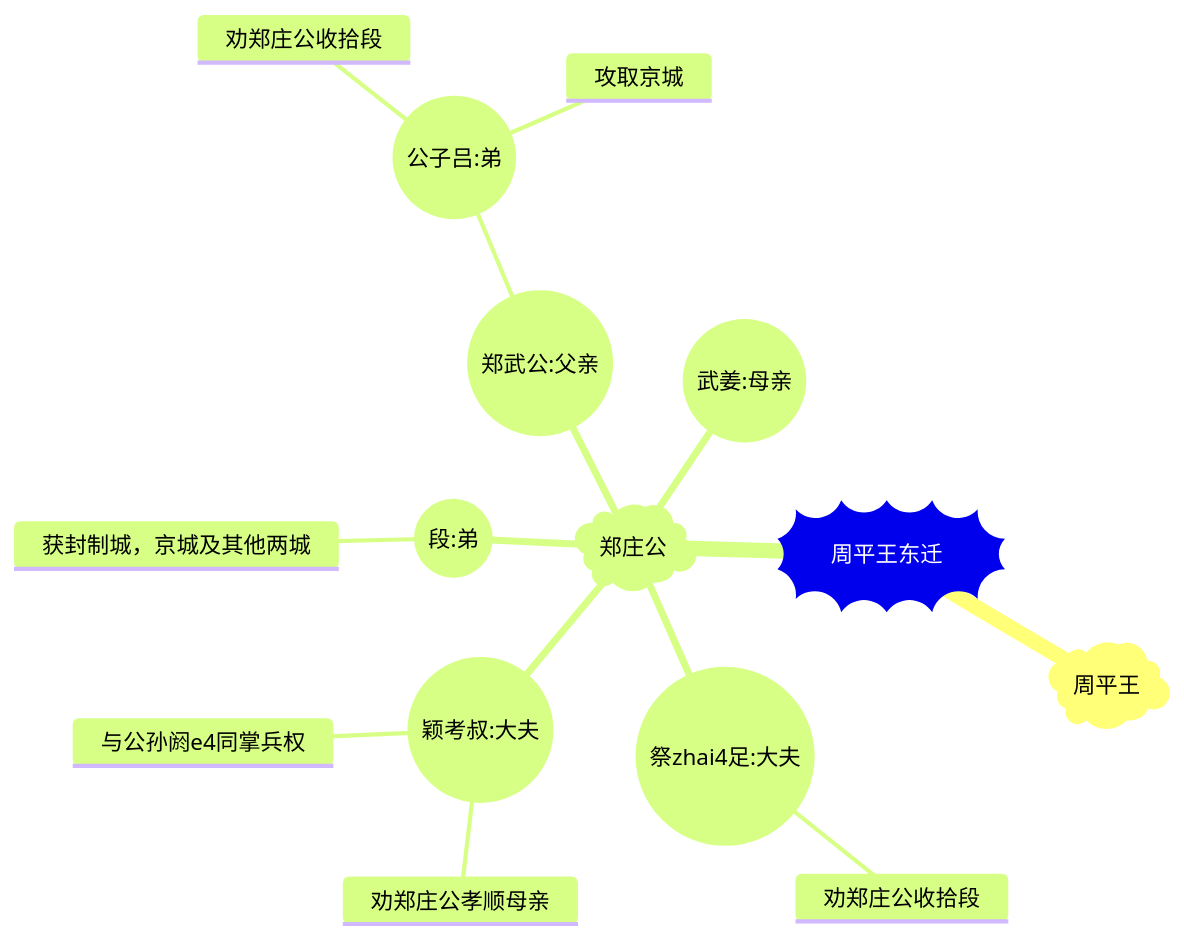
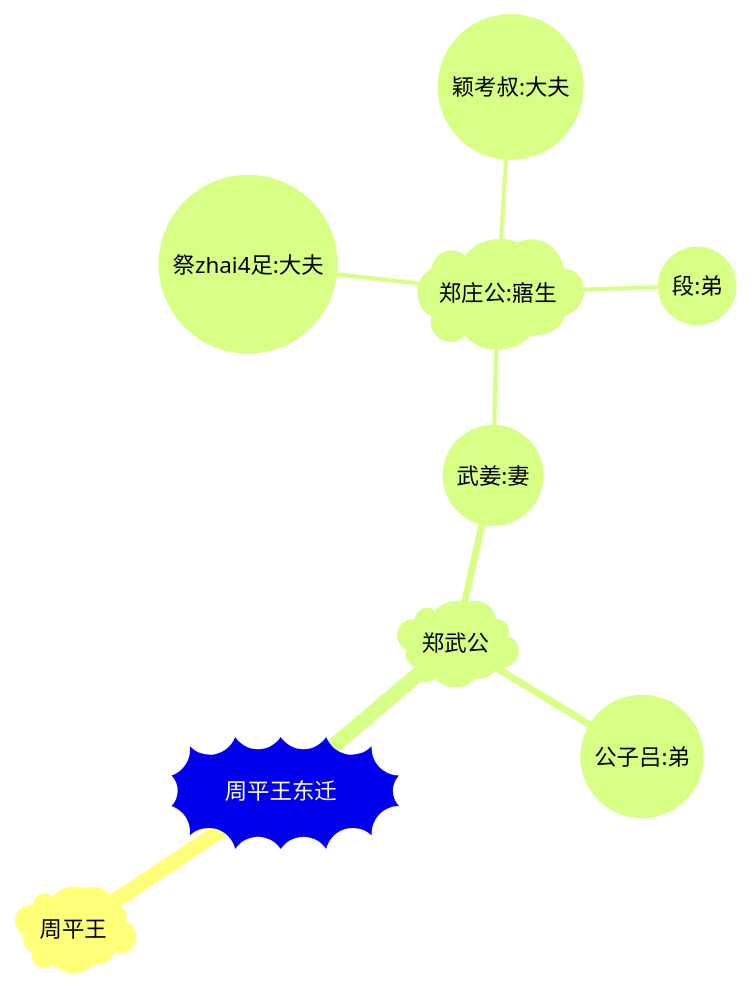
One commit to tsuyu2016/read changed the second of 3 diagrams in 透过地理看历史（春秋篇）02.md. Above: the diagram before and after it, drawn with Mermaid. The commit also changed other lines of this file and 1 other file, not shown here.

````diff
--- a/透过地理看历史（春秋篇）02.md
+++ b/透过地理看历史（春秋篇）02.md
@@ -43,18 +43,12 @@
 ```mermaid
 mindmap
 root))周平王东迁((
   )周平王( 
-  )郑庄公(   
-    ((祭zhai4足:大夫))
-      劝郑庄公收拾段
-    ((颖考叔:大夫))
-      劝郑庄公孝顺母亲
-      与公孙阏e4同掌兵权
-    ((武姜:母亲))
-    ((段:弟))
-      获封制城，京城及其他两城
-    ((郑武公:父亲))
-      ((公子吕:弟))
-        劝郑庄公收拾段
-        攻取京城
+  )郑武公(
+    ((武姜:妻))
+      )郑庄公:寤生(  
+        ((祭zhai4足:大夫))
+        ((颖考叔:大夫))
+        ((段:弟))
+    ((公子吕:弟))
 ```
````
